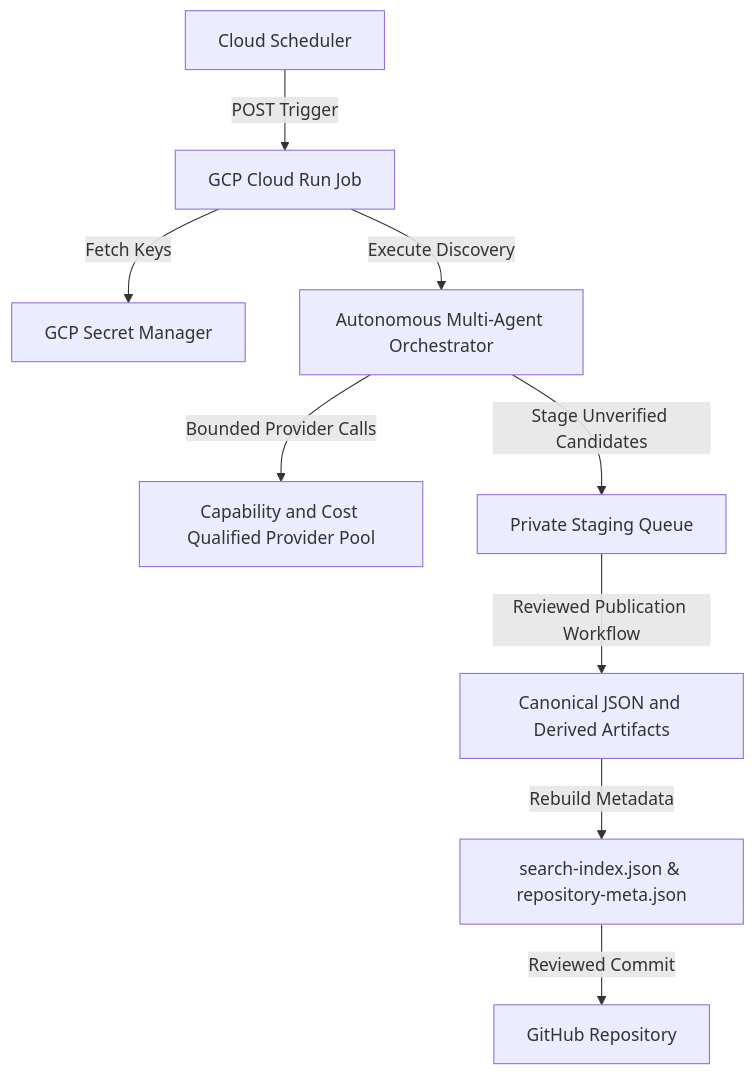
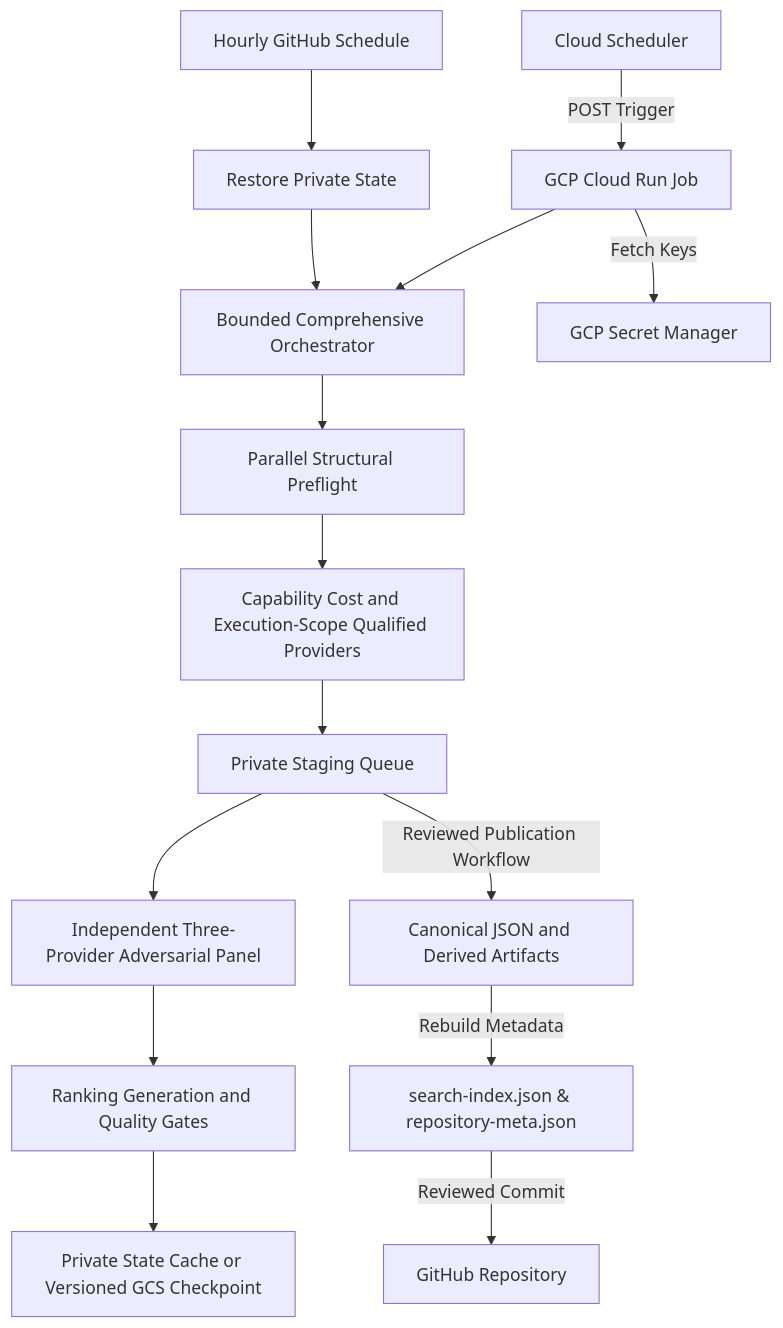
Before and after one commit to Hostilian/VenturaAtlas: the diagram in ARCHITECTURE.md, drawn with Mermaid. The commit also changed other lines of this file and 29 other files, not shown here.

````diff
--- a/ARCHITECTURE.md
+++ b/ARCHITECTURE.md
@@ -15,11 +15,17 @@
 ```mermaid
 graph TD
-    A[Cloud Scheduler] -->|POST Trigger| B[GCP Cloud Run Job]
-    B -->|Fetch Keys| C[GCP Secret Manager]
-    B -->|Execute Discovery| D[Autonomous Multi-Agent Orchestrator]
-    D -->|Bounded Provider Calls| E[Capability and Cost Qualified Provider Pool]
-    D -->|Stage Unverified Candidates| F[Private Staging Queue]
+    A[Hourly GitHub Schedule] --> B[Restore Private State]
+    A2[Cloud Scheduler] -->|POST Trigger| B2[GCP Cloud Run Job]
+    B --> D[Bounded Comprehensive Orchestrator]
+    B2 --> D
+    B2 -->|Fetch Keys| C[GCP Secret Manager]
+    D --> P[Parallel Structural Preflight]
+    P --> E[Capability Cost and Execution-Scope Qualified Providers]
+    E --> F[Private Staging Queue]
+    F --> X[Independent Three-Provider Adversarial Panel]
+    X --> Q[Ranking Generation and Quality Gates]
+    Q --> R[Private State Cache or Versioned GCS Checkpoint]
     F -->|Reviewed Publication Workflow| G[Canonical JSON and Derived Artifacts]
     G -->|Rebuild Metadata| H[search-index.json & repository-meta.json]
     H -->|Reviewed Commit| I[GitHub Repository]
 ```
````
